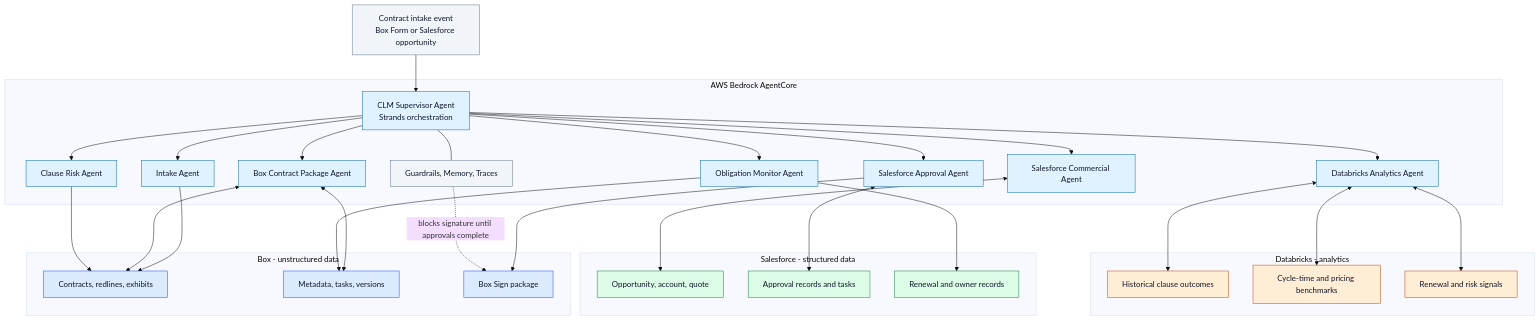
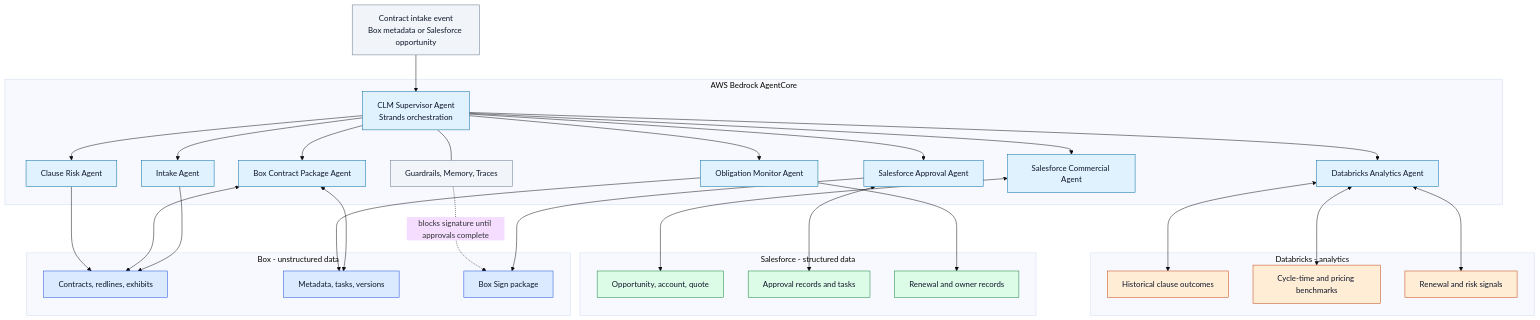
One commit to unofficialbox/box-bedrock-for-clm changed the diagram in docs/diagrams/clm-agentcore-architecture.mmd. Above: the diagram before and after it, drawn with Mermaid (base theme). The commit also changed 35 other files, not shown here.

First line of the commit message:
Sweep docs and diagrams to the metadata-triggered intake

```diff
--- a/docs/diagrams/clm-agentcore-architecture.mmd
+++ b/docs/diagrams/clm-agentcore-architecture.mmd
@@ -1,69 +1,69 @@
 flowchart TB
-  intake["Contract intake event<br/>Box Form or Salesforce opportunity"]
+  intake["Contract intake event<br/>Box metadata or Salesforce opportunity"]
 
   subgraph agentcore["AWS Bedrock AgentCore"]
     supervisor["CLM Supervisor Agent<br/>Strands orchestration"]
     intakeAgent["Intake Agent"]
     boxAgent["Box Contract Package Agent"]
     riskAgent["Clause Risk Agent"]
     sfAgent["Salesforce Commercial Agent"]
     approvalAgent["Salesforce Approval Agent"]
     dbxAgent["Databricks Analytics Agent"]
     obligationAgent["Obligation Monitor Agent"]
     guardrails["Guardrails, Memory, Traces"]
   end
 
   subgraph box["Box - unstructured data"]
     boxContent["Contracts, redlines, exhibits"]
     boxMetadata["Metadata, tasks, versions"]
     boxSign["Box Sign package"]
   end
 
   subgraph salesforce["Salesforce - structured data"]
     opportunity["Opportunity, account, quote"]
     approvals["Approval records and tasks"]
     renewal["Renewal and owner records"]
   end
 
   subgraph databricks["Databricks - analytics"]
     outcomes["Historical clause outcomes"]
     benchmarks["Cycle-time and pricing benchmarks"]
     riskSignals["Renewal and risk signals"]
   end
 
   intake --> supervisor
   supervisor --> intakeAgent
   supervisor --> boxAgent
   supervisor --> riskAgent
   supervisor --> sfAgent
   supervisor --> approvalAgent
   supervisor --> dbxAgent
   supervisor --> obligationAgent
   supervisor --- guardrails
 
   intakeAgent --> boxContent
   boxAgent <--> boxContent
   boxAgent <--> boxMetadata
   riskAgent --> boxContent
   sfAgent <--> opportunity
   approvalAgent <--> approvals
   dbxAgent <--> outcomes
   dbxAgent <--> benchmarks
   dbxAgent <--> riskSignals
   obligationAgent --> boxMetadata
   obligationAgent --> renewal
 
   approvalAgent --> boxSign
   guardrails -. blocks signature until approvals complete .-> boxSign
 
   classDef agent fill:#e0f2fe,stroke:#0369a1,color:#0f172a
   classDef box fill:#dbeafe,stroke:#1d4ed8,color:#0f172a
   classDef sf fill:#dcfce7,stroke:#15803d,color:#0f172a
   classDef dbx fill:#ffedd5,stroke:#c2410c,color:#0f172a
   classDef control fill:#f1f5f9,stroke:#64748b,color:#0f172a
 
   class supervisor,intakeAgent,boxAgent,riskAgent,sfAgent,approvalAgent,dbxAgent,obligationAgent agent
   class boxContent,boxMetadata,boxSign box
   class opportunity,approvals,renewal sf
   class outcomes,benchmarks,riskSignals dbx
   class intake,guardrails control
```
